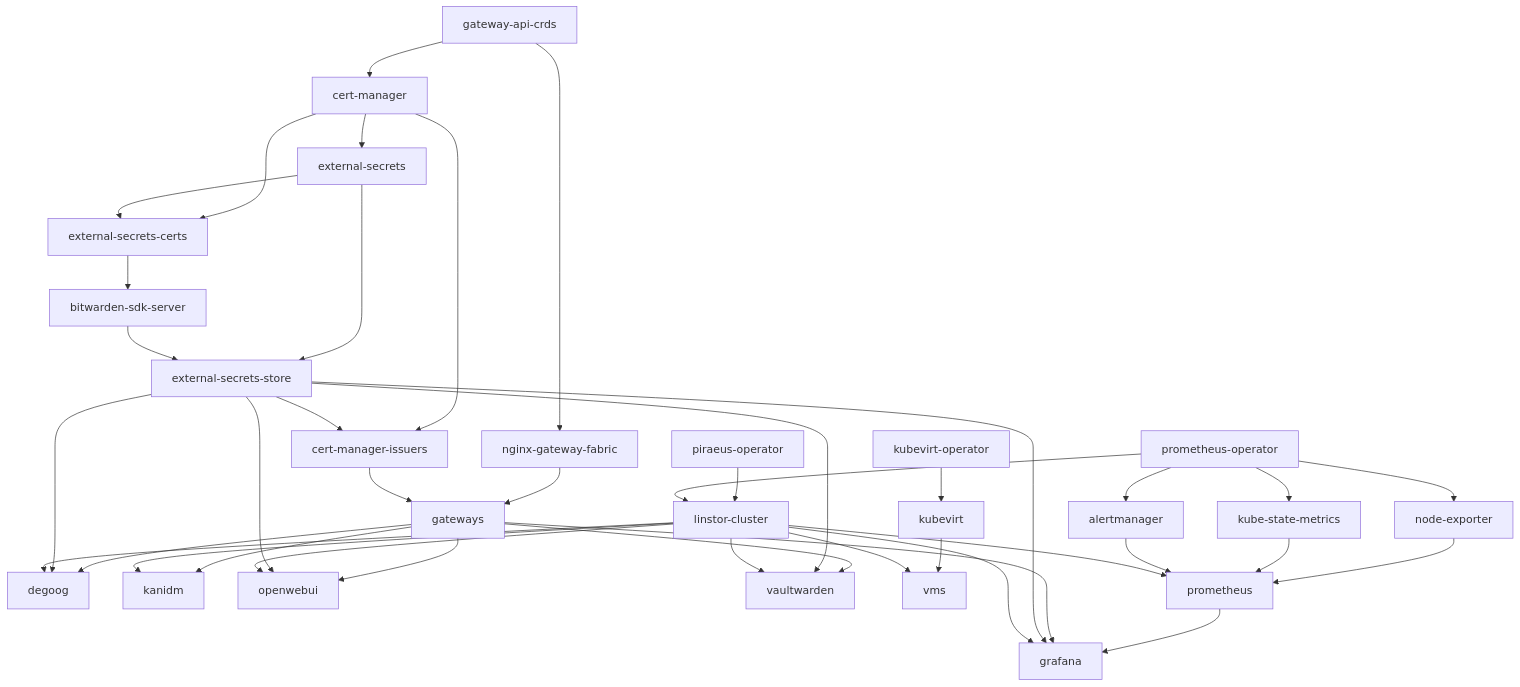
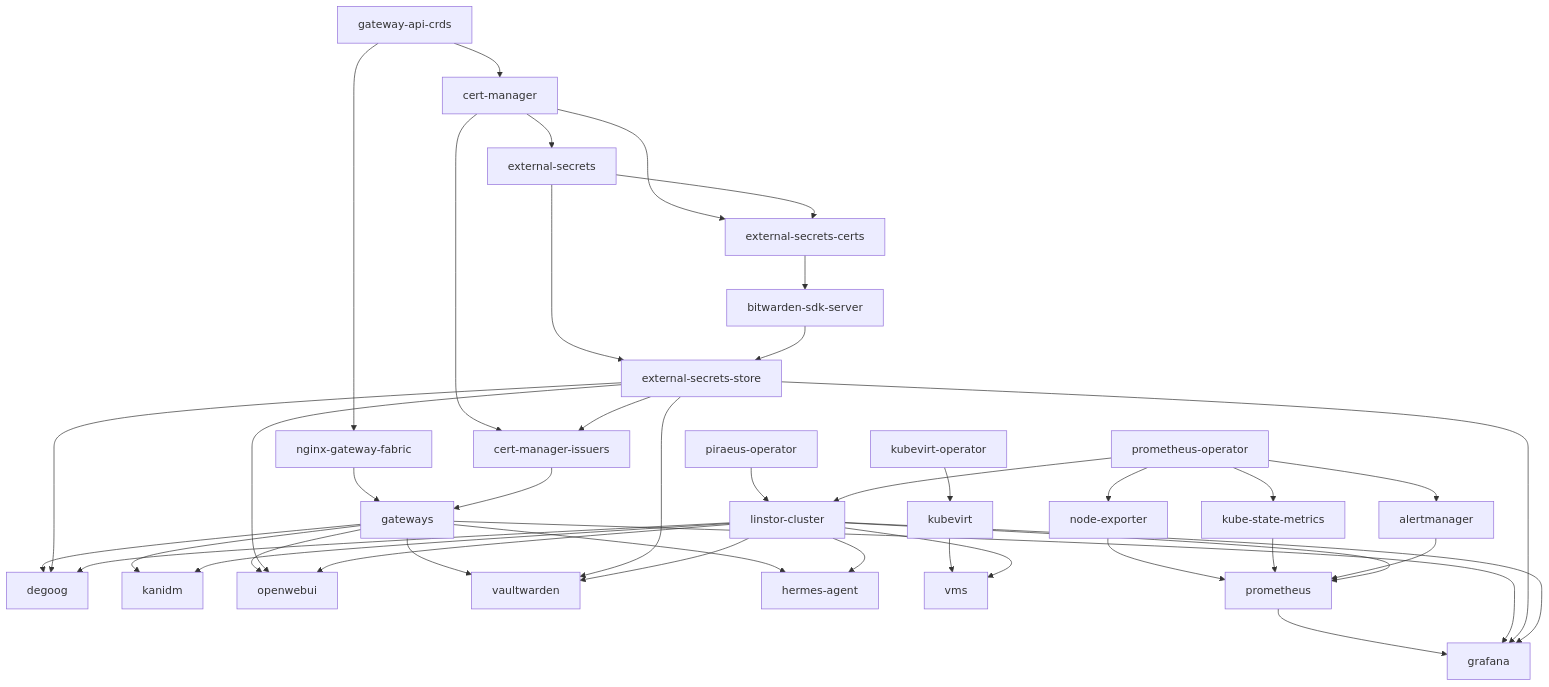
One commit to martinxtinto/k8s-flux changed the diagram in README.md. Above: the diagram before and after it, drawn with Mermaid. The commit also changed other lines of this file and 10 other files, not shown here.

Commit message:
add: hermes-agent app

````diff
--- a/README.md
+++ b/README.md
@@ -30,42 +30,44 @@
 ```mermaid
 flowchart TD
   gateway-api-crds --> cert-manager
   gateway-api-crds --> nginx-gateway-fabric
   cert-manager --> external-secrets
   cert-manager --> external-secrets-certs
   external-secrets --> external-secrets-certs
   external-secrets --> external-secrets-store
   external-secrets-certs --> bitwarden-sdk-server
   bitwarden-sdk-server --> external-secrets-store
   cert-manager --> cert-manager-issuers
   external-secrets-store --> cert-manager-issuers
   nginx-gateway-fabric --> gateways
   cert-manager-issuers --> gateways
   piraeus-operator --> linstor-cluster
   prometheus-operator --> linstor-cluster
   kubevirt-operator --> kubevirt
   gateways --> degoog
   external-secrets-store --> degoog
   linstor-cluster --> degoog
   gateways --> kanidm
   linstor-cluster --> kanidm
   gateways --> openwebui
   external-secrets-store --> openwebui
   linstor-cluster --> openwebui
   gateways --> vaultwarden
   external-secrets-store --> vaultwarden
   linstor-cluster --> vaultwarden
+  gateways --> hermes-agent
+  linstor-cluster --> hermes-agent
   kubevirt --> vms
   linstor-cluster --> vms
   prometheus-operator --> node-exporter
   prometheus-operator --> kube-state-metrics
   prometheus-operator --> alertmanager
   node-exporter --> prometheus
   kube-state-metrics --> prometheus
   alertmanager --> prometheus
   linstor-cluster --> prometheus
   prometheus --> grafana
   gateways --> grafana
   external-secrets-store --> grafana
   linstor-cluster --> grafana
 ```
````
